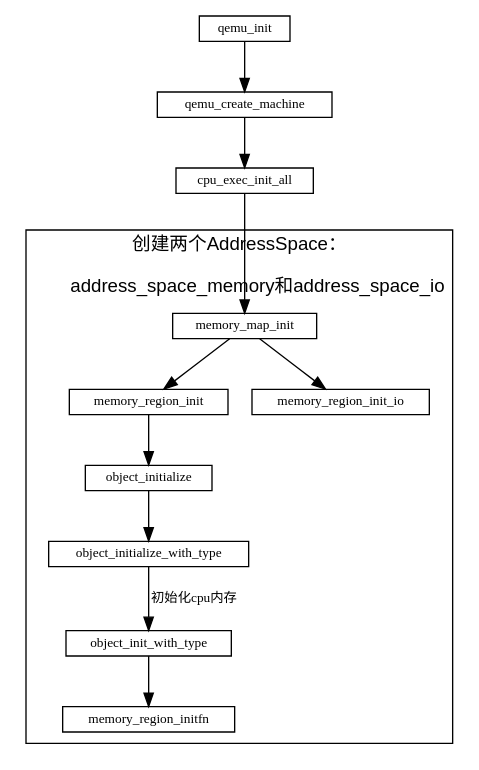
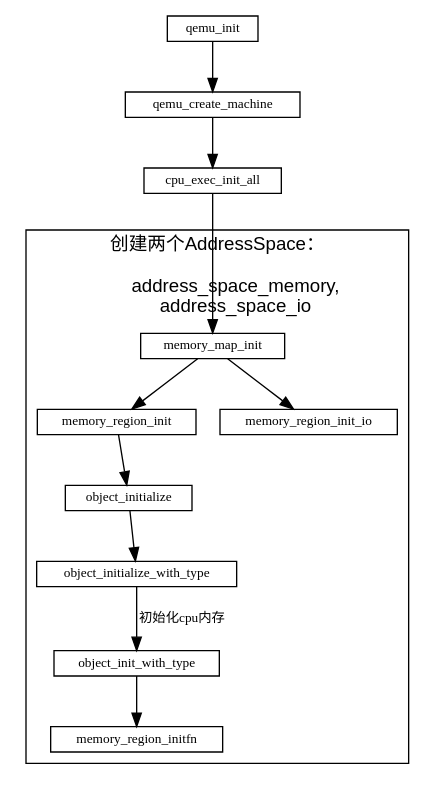
One commit to sisyphus1212/note changed the diagram in qemu/qemu-kvm内存虚拟化.md. Above: the diagram before and after it, drawn with Graphviz.

Commit message:
auto_update

````diff
--- a/qemu/qemu-kvm内存虚拟化.md
+++ b/qemu/qemu-kvm内存虚拟化.md
@@ -10,29 +10,31 @@
 ```graphviz
 digraph {
     fontname="Helvetica,Arial,sans-serif"
     //node [fontname="Helvetica,Arial,sans-serif"]
     //edge [fontname="Helvetica,Arial,sans-serif"]
     //rankdir="LR"
     node [fontsize=10, shape=record, height=0.25]
     edge [fontsize=10]
     subgraph memory_map_init {
         label="创建两个AddressSpace：\n
-        address_space_memory和address_space_io";
+        address_space_memory,
+        address_space_io";
+
         cluster=true;
         memory_map_init
                 -> memory_region_init
                 -> object_initialize
                 -> object_initialize_with_type
                 object_initialize_with_type
                 -> object_init_with_type[label="初始化cpu内存"]
                 object_init_with_type
                 -> memory_region_initfn
               memory_map_init
                 -> memory_region_init_io
     }
 
     qemu_init -> qemu_create_machine
               -> cpu_exec_init_all
               -> memory_map_init
 }
 ```
````
